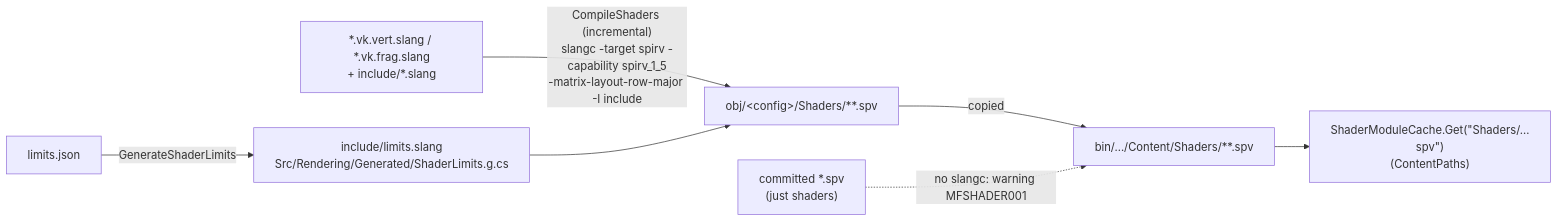
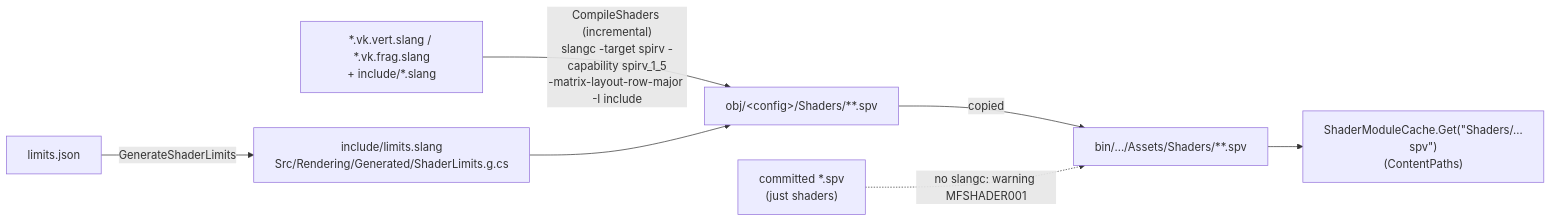
One commit to Mainframe-Games/mainframe-engine changed the diagram in docs/design/shaders.md. Above: the diagram before and after it, drawn with Mermaid. The commit also changed other lines of this file and 1186 other files, not shown here.

First line of the commit message:
Rename the content folder Content/ to Assets/ (ADR 0197) (#93)

````diff
--- a/docs/design/shaders.md
+++ b/docs/design/shaders.md
@@ -14,9 +14,9 @@
 ```mermaid
 flowchart LR
     J["limits.json"] -->|GenerateShaderLimits| L["include/limits.slang<br/>Src/Rendering/Generated/ShaderLimits.g.cs"]
     A["*.vk.vert.slang / *.vk.frag.slang<br/>+ include/*.slang"] -->|"CompileShaders (incremental)<br/>slangc -target spirv -capability spirv_1_5<br/>-matrix-layout-row-major -I include"| S["obj/&lt;config&gt;/Shaders/**.spv"]
     L --> S
-    S -->|copied| O["bin/…/Content/Shaders/**.spv"]
+    S -->|copied| O["bin/…/Assets/Shaders/**.spv"]
     C["committed *.spv<br/>(just shaders)"] -.->|"no slangc: warning MFSHADER001"| O
     O --> R["ShaderModuleCache.Get(&quot;Shaders/…spv&quot;)<br/>(ContentPaths)"]
 ```
````
